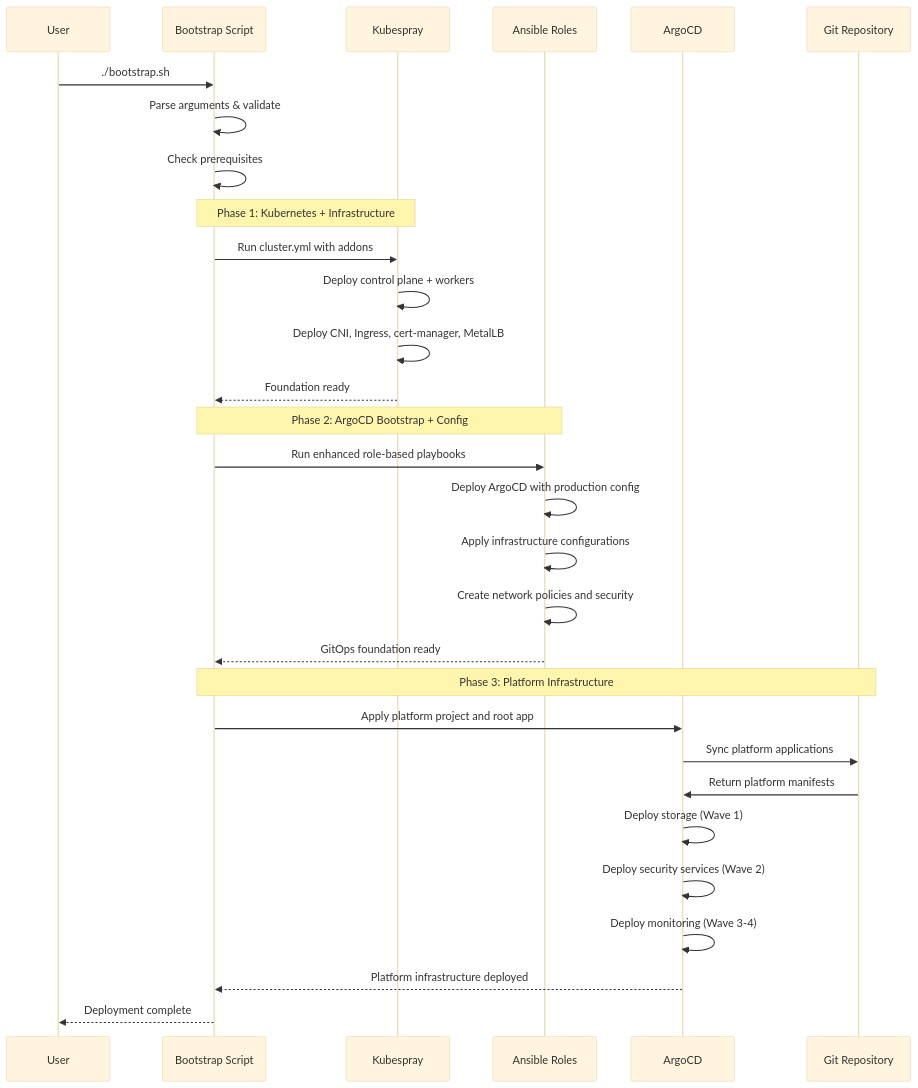
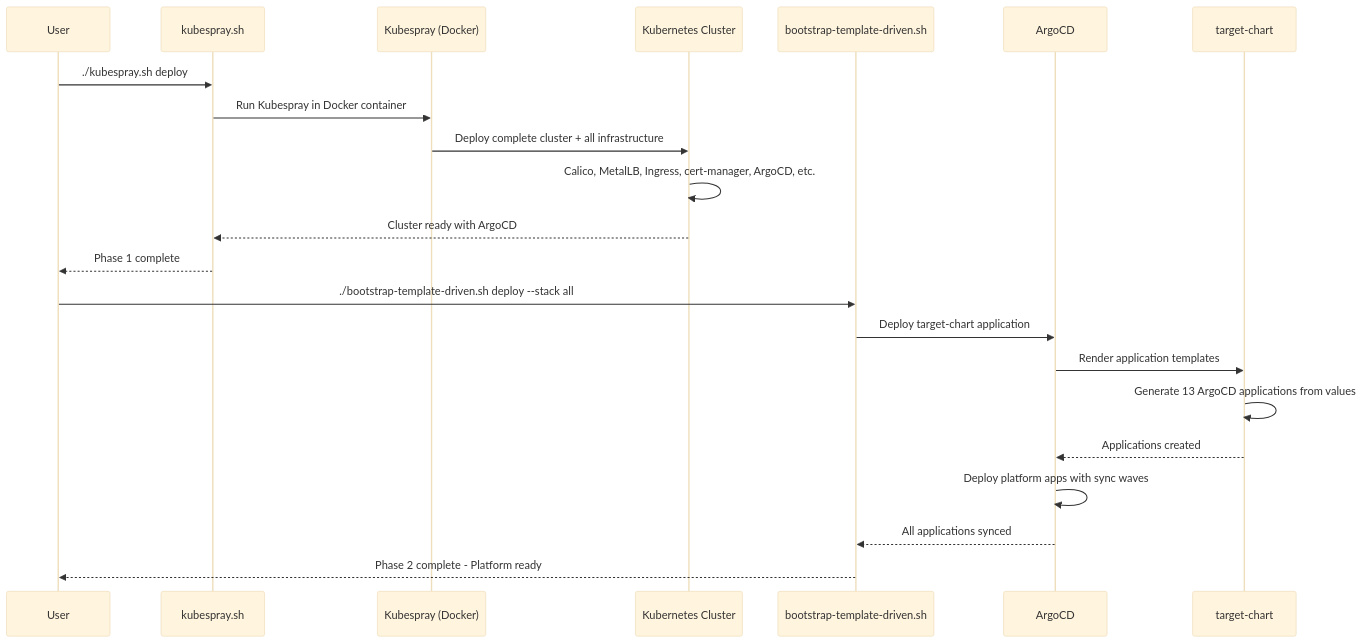
The fifth of 5 diagrams in v0.2.0/README.md (pnow-devsupreme/pn-infra), drawn with Mermaid (base theme) before and after one commit. The commit also changed other lines of this file and 2 other files, not shown here.

Commit message:
docs(root): update documentation to better describe the current architecture details

````diff
--- a/v0.2.0/README.md
+++ b/v0.2.0/README.md
@@ -191,37 +194,26 @@
 ```mermaid
 sequenceDiagram
     participant U as User
-    participant BS as Bootstrap Script
-    participant K as Kubespray
-    participant A as Ansible Roles
+    participant KS as kubespray.sh
+    participant K as Kubespray (Docker)
+    participant C as Kubernetes Cluster
+    participant BS as bootstrap-template-driven.sh
     participant AC as ArgoCD
-    participant Git as Git Repository
+    participant TC as target-chart
     
-    U->>BS: ./bootstrap.sh
-    BS->>BS: Parse arguments & validate
-    BS->>BS: Check prerequisites
+    U->>KS: ./kubespray.sh deploy
+    KS->>K: Run Kubespray in Docker container
+    K->>C: Deploy complete cluster + all infrastructure
+    C->>C: Calico, MetalLB, Ingress, cert-manager, ArgoCD, etc.
+    C-->>KS: Cluster ready with ArgoCD
+    KS-->>U: Phase 1 complete
     
-    Note over BS,K: Phase 1: Kubernetes + Infrastructure
-    BS->>K: Run cluster.yml with addons
-    K->>K: Deploy control plane + workers
-    K->>K: Deploy CNI, Ingress, cert-manager, MetalLB
-    K-->>BS: Foundation ready
-    
-    Note over BS,A: Phase 2: ArgoCD Bootstrap + Config
-    BS->>A: Run enhanced role-based playbooks
-    A->>A: Deploy ArgoCD with production config
-    A->>A: Apply infrastructure configurations
-    A->>A: Create network policies and security
-    A-->>BS: GitOps foundation ready
-    
-    Note over BS,Git: Phase 3: Platform Infrastructure
-    BS->>AC: Apply platform project and root app
-    AC->>Git: Sync platform applications
-    Git->>AC: Return platform manifests
-    AC->>AC: Deploy storage (Wave 1)
-    AC->>AC: Deploy security services (Wave 2)
-    AC->>AC: Deploy monitoring (Wave 3-4)
-    AC-->>BS: Platform infrastructure deployed
-    
-    BS-->>U: Deployment complete
+    U->>BS: ./bootstrap-template-driven.sh deploy --stack all
+    BS->>AC: Deploy target-chart application
+    AC->>TC: Render application templates
+    TC->>TC: Generate 13 ArgoCD applications from values
+    TC-->>AC: Applications created
+    AC->>AC: Deploy platform apps with sync waves
+    AC-->>BS: All applications synced
+    BS-->>U: Phase 2 complete - Platform ready
 ```
````
